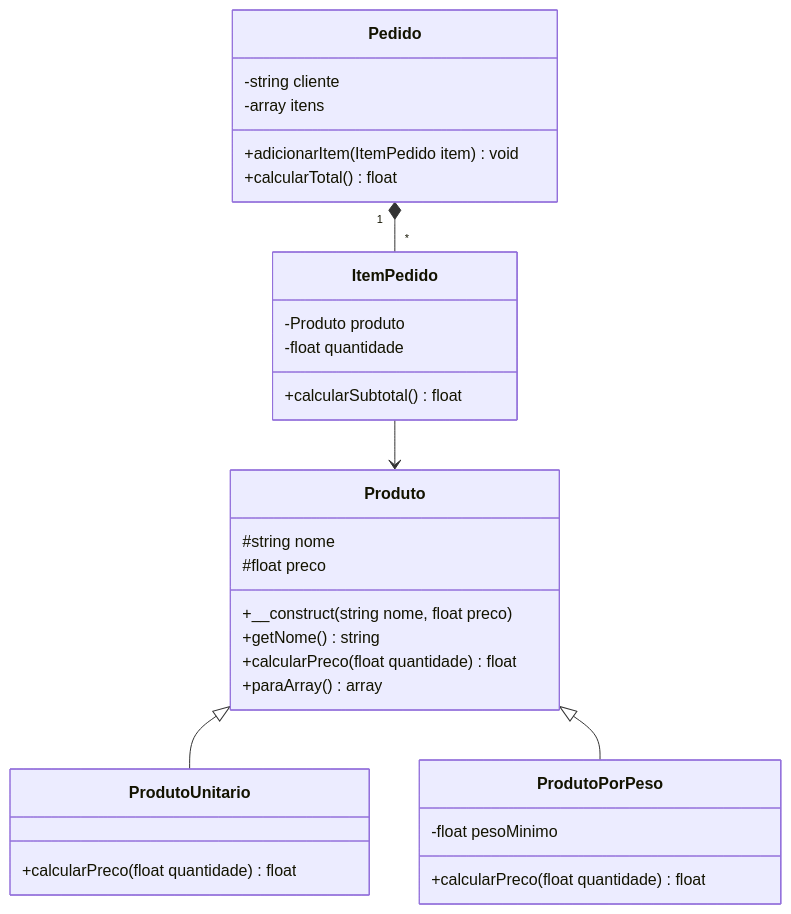
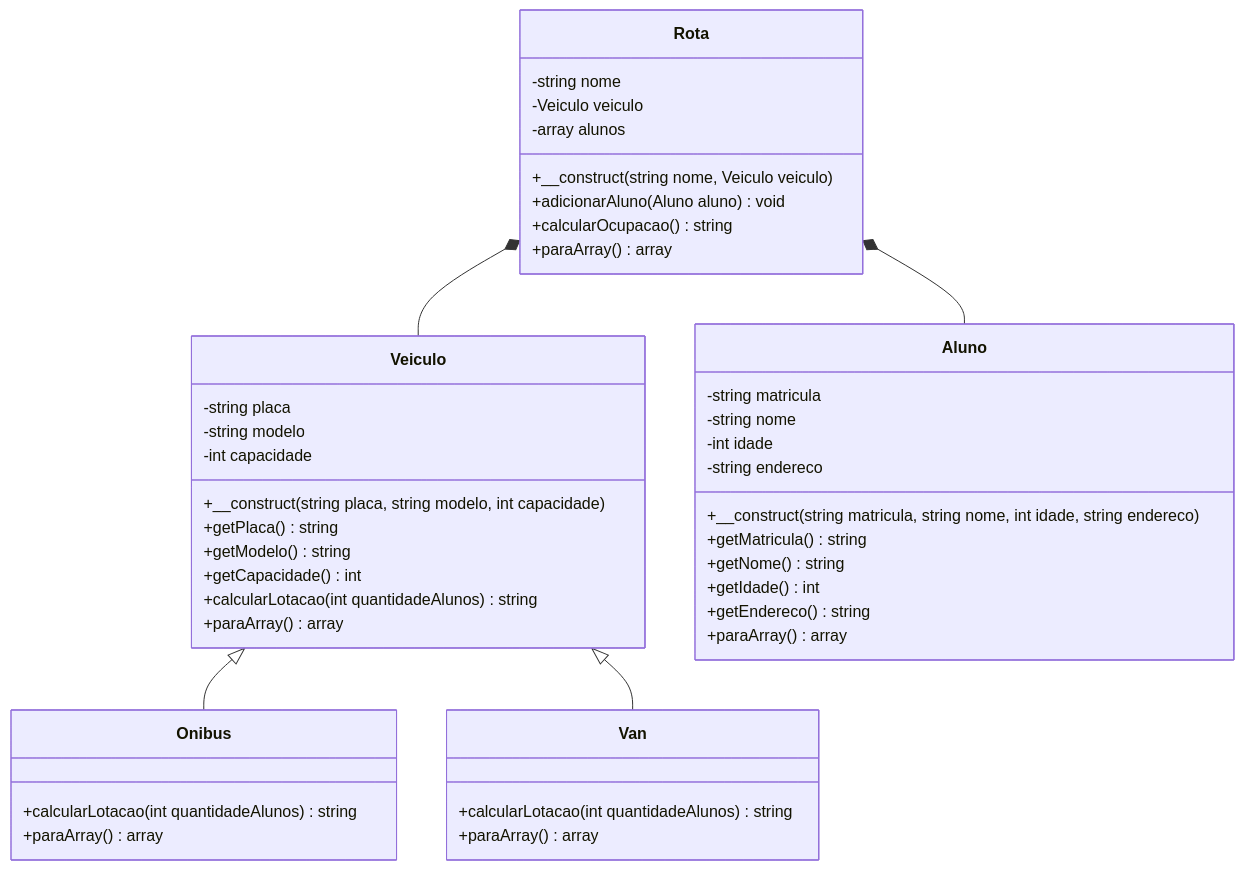
One commit to fernando-ferreira-caval/pweb1-trabalho-oo changed the diagram in docs/modelagem.md. Above: the diagram before and after it, drawn with Mermaid. The commit also changed other lines of this file and 9 other files, not shown here.

````diff
--- a/docs/modelagem.md
+++ b/docs/modelagem.md
@@ -8,34 +7,52 @@
 ```mermaid
 classDiagram
-    Produto <|-- ProdutoUnitario
-    Produto <|-- ProdutoPorPeso
-    Pedido "1" *-- "*" ItemPedido
-    ItemPedido --> Produto
+    Veiculo <|-- Onibus
+    Veiculo <|-- Van
+    Rota *-- Veiculo
+    Rota *-- Aluno
 
-    class Produto {
-        #string nome
-        #float preco
-        +__construct(string nome, float preco)
-        +getNome() string
-        +calcularPreco(float quantidade) float
+    class Veiculo {
+        -string placa
+        -string modelo
+        -int capacidade
+        +__construct(string placa, string modelo, int capacidade)
+        +getPlaca() string
+        +getModelo() string
+        +getCapacidade() int
+        +calcularLotacao(int quantidadeAlunos) string
         +paraArray() array
     }
-    class ProdutoUnitario {
-        +calcularPreco(float quantidade) float
+
+    class Onibus {
+        +calcularLotacao(int quantidadeAlunos) string
+        +paraArray() array
     }
-    class ProdutoPorPeso {
-        -float pesoMinimo
-        +calcularPreco(float quantidade) float
+
+    class Van {
+        +calcularLotacao(int quantidadeAlunos) string
+        +paraArray() array
     }
-    class ItemPedido {
-        -Produto produto
-        -float quantidade
-        +calcularSubtotal() float
+
+    class Aluno {
+        -string matricula
+        -string nome
+        -int idade
+        -string endereco
+        +__construct(string matricula, string nome, int idade, string endereco)
+        +getMatricula() string
+        +getNome() string
+        +getIdade() int
+        +getEndereco() string
+        +paraArray() array
     }
-    class Pedido {
-        -string cliente
-        -array itens
-        +adicionarItem(ItemPedido item) void
-        +calcularTotal() float
+
+    class Rota {
+        -string nome
+        -Veiculo veiculo
+        -array alunos
+        +__construct(string nome, Veiculo veiculo)
+        +adicionarAluno(Aluno aluno) void
+        +calcularOcupacao() string
+        +paraArray() array
     }
 ```
````
